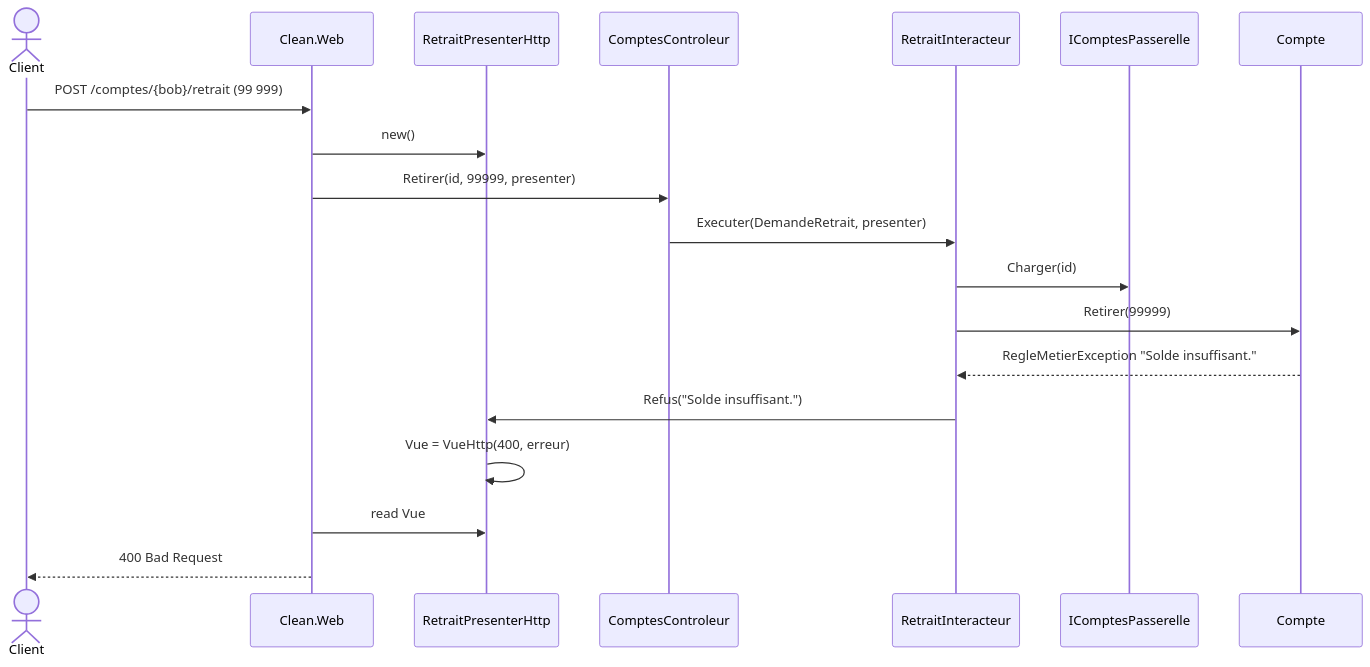
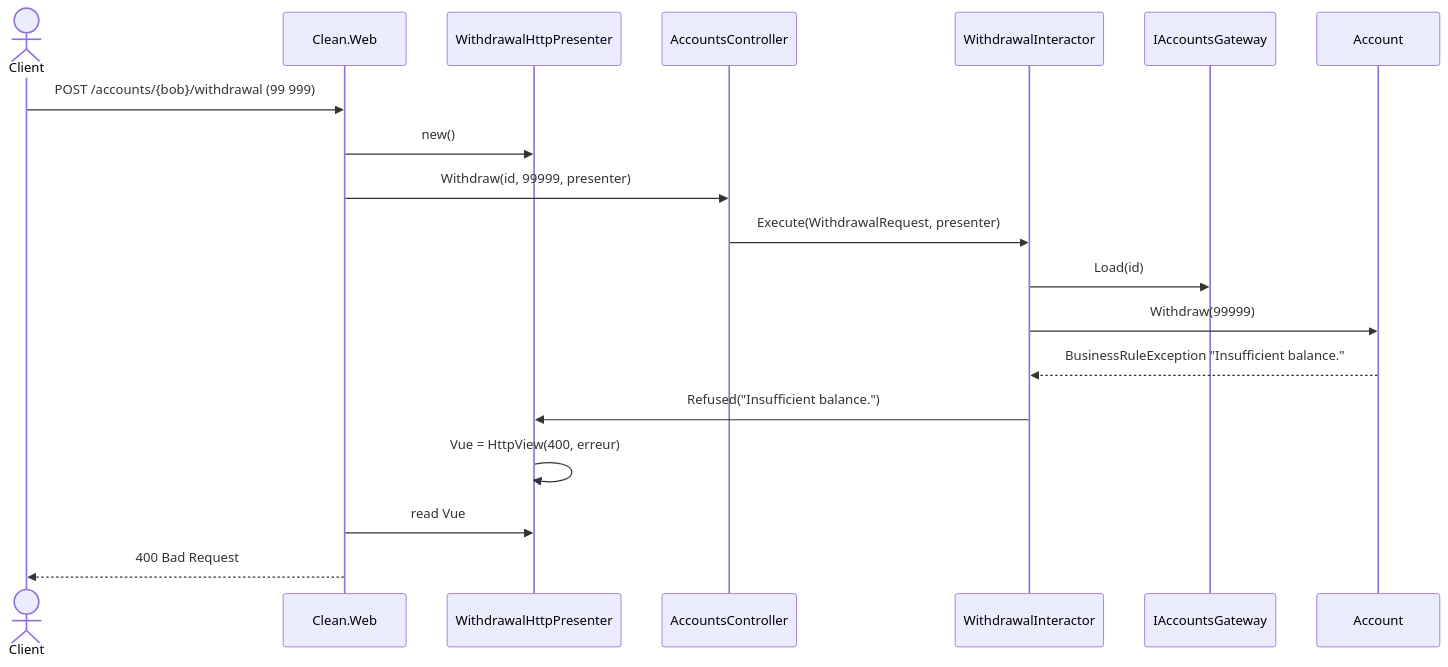
One commit to drangoht/ArchitecturesDemo changed the third of 3 diagrams in Docs/en/03-clean.md. Above: the diagram before and after it, drawn with Mermaid. The commit also changed other lines of this file and 78 other files, not shown here.

First line of the commit message:
Docs EN : identifiants, liens, diagrammes et sorties alignés sur le code anglais

````diff
--- a/Docs/en/03-clean.md
+++ b/Docs/en/03-clean.md
@@ -191,21 +191,21 @@
 ```mermaid
 sequenceDiagram
     actor Client
     participant W as Clean.Web
-    participant P as RetraitPresenterHttp
-    participant C as ComptesControleur
-    participant I as RetraitInteracteur
-    participant G as IComptesPasserelle
-    participant E as Compte
-    Client->>W: POST /comptes/{bob}/retrait (99 999)
+    participant P as WithdrawalHttpPresenter
+    participant C as AccountsController
+    participant I as WithdrawalInteractor
+    participant G as IAccountsGateway
+    participant E as Account
+    Client->>W: POST /accounts/{bob}/withdrawal (99 999)
     W->>P: new()
-    W->>C: Retirer(id, 99999, presenter)
-    C->>I: Executer(DemandeRetrait, presenter)
-    I->>G: Charger(id)
-    I->>E: Retirer(99999)
-    E-->>I: RegleMetierException "Solde insuffisant."
-    I->>P: Refus("Solde insuffisant.")
-    P->>P: Vue = VueHttp(400, erreur)
+    W->>C: Withdraw(id, 99999, presenter)
+    C->>I: Execute(WithdrawalRequest, presenter)
+    I->>G: Load(id)
+    I->>E: Withdraw(99999)
+    E-->>I: BusinessRuleException "Insufficient balance."
+    I->>P: Refused("Insufficient balance.")
+    P->>P: Vue = HttpView(400, erreur)
     W->>P: read Vue
     W-->>Client: 400 Bad Request
 ```
````
